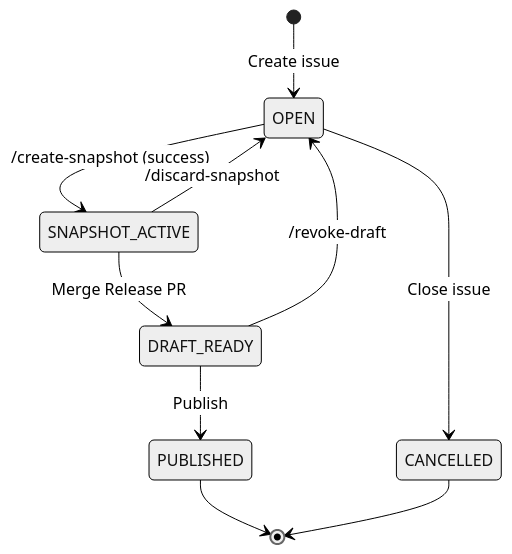
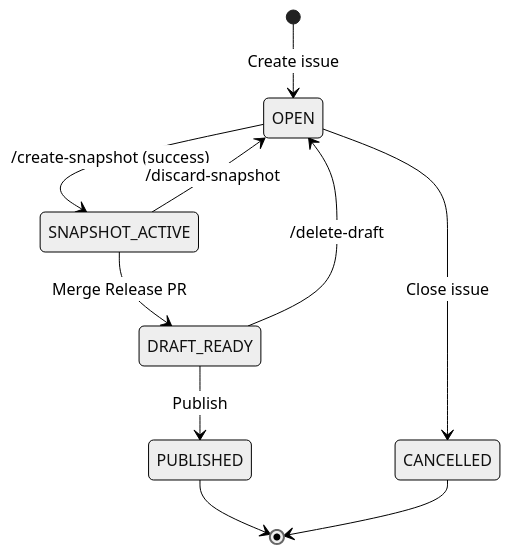
One commit to camaraproject/ReleaseManagement changed the diagram in documentation/SupportingDocuments/CAMARA-Release-Creation-Detailed-Design.md. Above: the diagram before and after it, drawn with Mermaid (neutral theme). The commit also changed other lines of this file, not shown here.

````diff
--- a/documentation/SupportingDocuments/CAMARA-Release-Creation-Detailed-Design.md
+++ b/documentation/SupportingDocuments/CAMARA-Release-Creation-Detailed-Design.md
@@ -305,12 +307,12 @@
 ```mermaid
 stateDiagram-v2
     [*] --> OPEN : Create issue
     OPEN --> SNAPSHOT_ACTIVE : /create-snapshot (success)
     OPEN --> CANCELLED : Close issue
     SNAPSHOT_ACTIVE --> OPEN : /discard-snapshot
     SNAPSHOT_ACTIVE --> DRAFT_READY : Merge Release PR
-    DRAFT_READY --> OPEN : /revoke-draft
+    DRAFT_READY --> OPEN : /delete-draft
     DRAFT_READY --> PUBLISHED : Publish
     PUBLISHED --> [*]
     CANCELLED --> [*]
 ```
````
